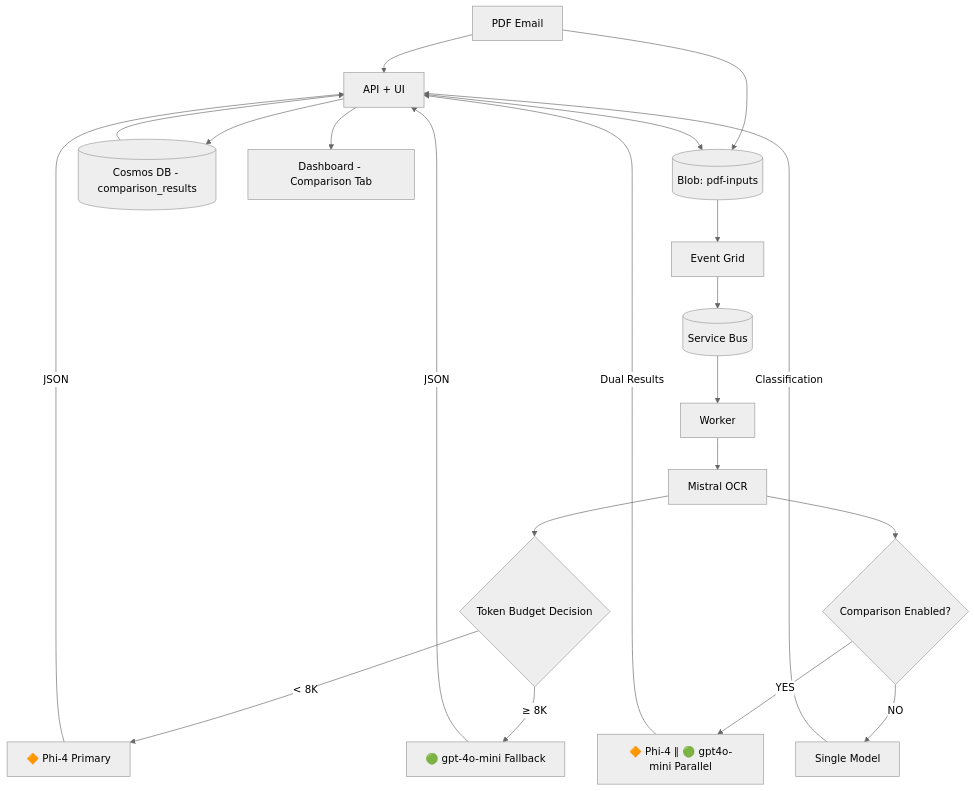
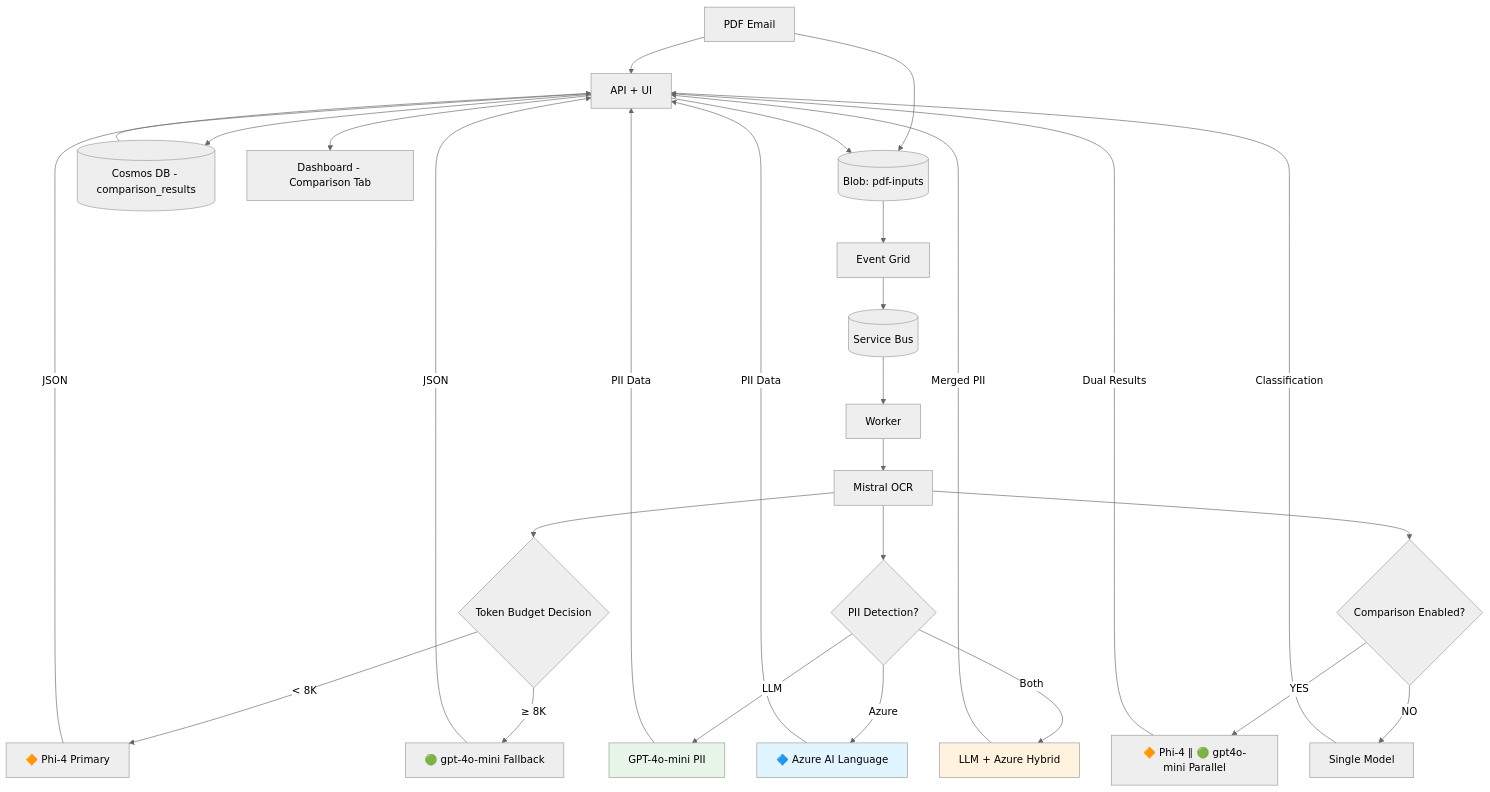
Before and after one commit to olivMertens/ClassyMail: the first of 4 diagrams in docs/ARCHITECTURE.md, drawn with Mermaid (neutral theme). The commit also changed other lines of this file and 6 other files, not shown here.

````diff
--- a/docs/ARCHITECTURE.md
+++ b/docs/ARCHITECTURE.md
@@ -23,23 +23,34 @@
 ```mermaid
 flowchart TD
     PDF[PDF Email] --> API[API + UI]
     PDF --> BlobIn[(Blob: pdf-inputs)]
     API --> BlobIn
     BlobIn --> EG[Event Grid]
     EG --> SB[(Service Bus)]
     SB --> W[Worker]
     W --> OCR[Mistral OCR]
     OCR --> Check{"Token Budget Decision"}
     Check -->|< 8K| Phi["🔶 Phi-4 Primary"]
     Check -->|≥ 8K| GPT["🟢 gpt-4o-mini Fallback"]
+    OCR --> PII{"PII Detection?"}
+    PII -->|LLM| GPT_PII["GPT-4o-mini PII"]
+    PII -->|Azure| Lang["🔷 Azure AI Language"]
+    PII -->|Both| Hybrid["LLM + Azure Hybrid"]
     OCR --> Comp{"Comparison Enabled?"}
     Comp -->|YES| Dual["🔶 Phi-4 ∥ 🟢 gpt4o-mini Parallel"]
     Comp -->|NO| Single[Single Model]
     Phi -->|JSON| API
     GPT -->|JSON| API
     Dual -->|Dual Results| API
     Single -->|Classification| API
+    GPT_PII -->|PII Data| API
+    Lang -->|PII Data| API
+    Hybrid -->|Merged PII| API
     API --> Cosmos[(Cosmos DB - comparison_results)]
     Cosmos --> API
     API --> UI[Dashboard - Comparison Tab]
+
+    style Lang fill:#e1f5fe
+    style GPT_PII fill:#e8f5e9
+    style Hybrid fill:#fff3e0
 ```
````
